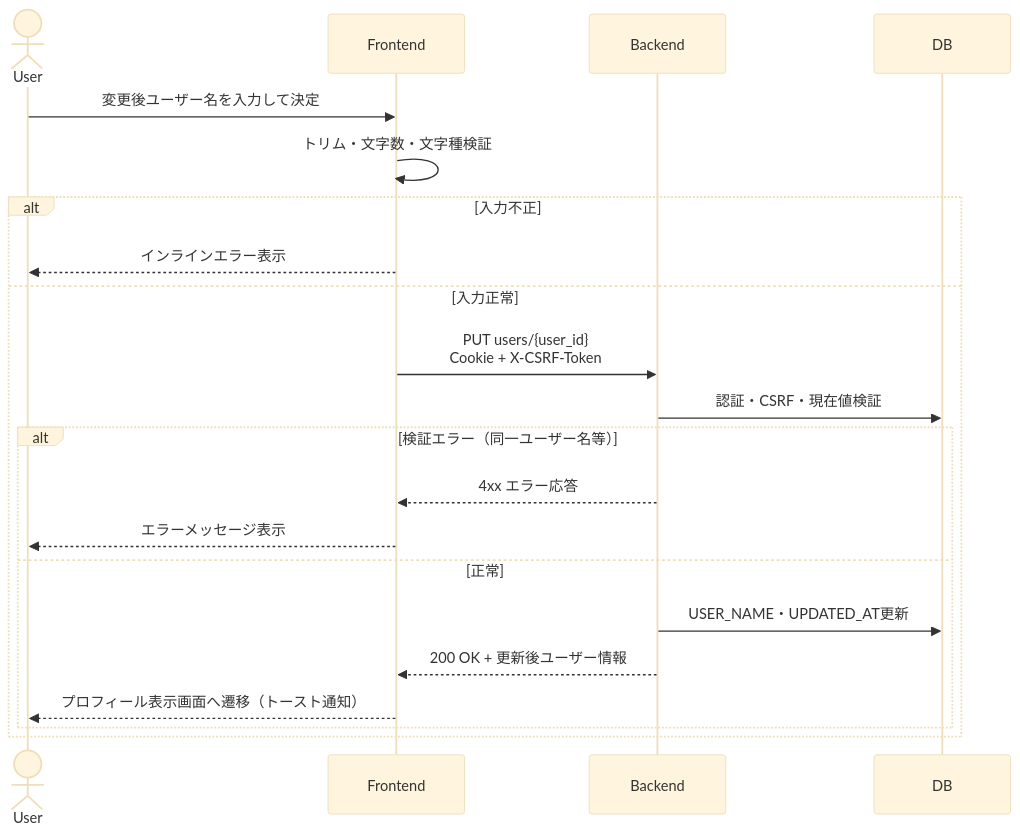
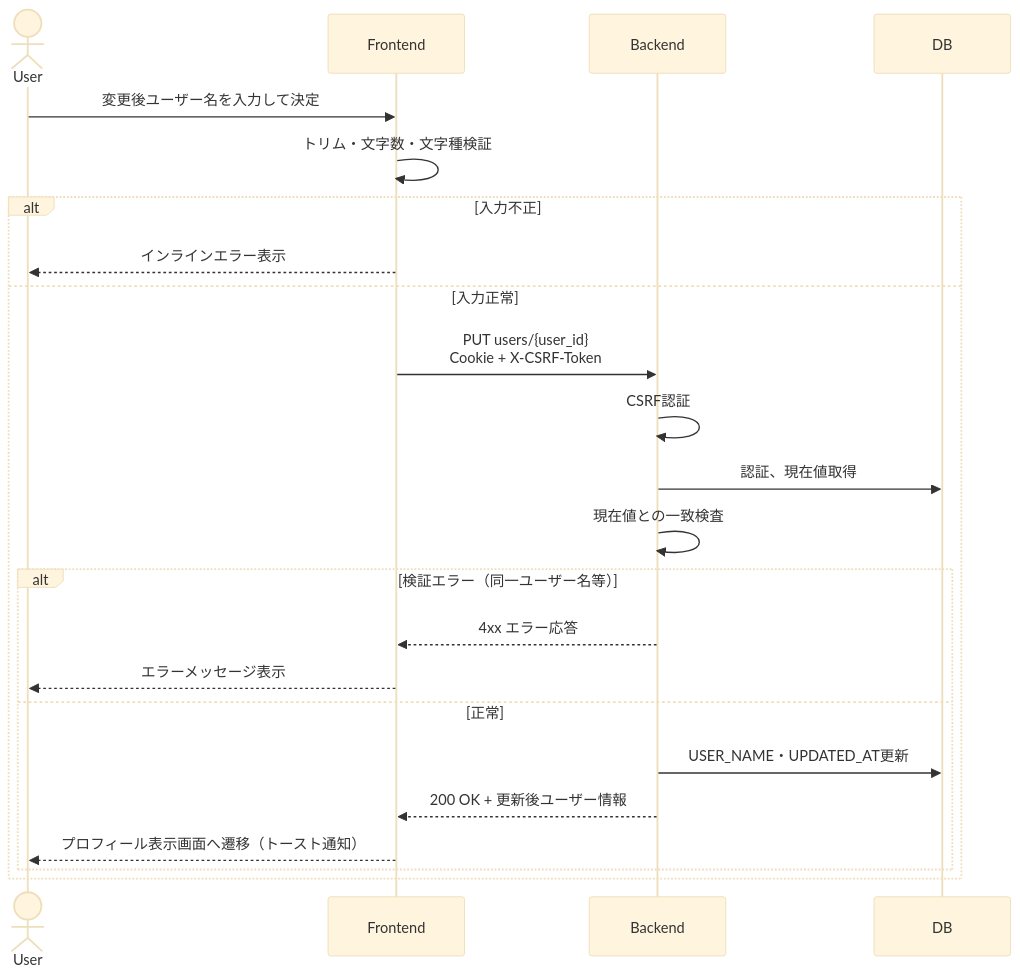
One commit to TUS-TI-dev-team/SyncTask changed the first of 3 diagrams in docs/design/process_design/02_account_edit.md. Above: the diagram before and after it, drawn with Mermaid (base theme). The commit also changed other lines of this file and 7 other files, not shown here.

````diff
--- a/docs/design/process_design/02_account_edit.md
+++ b/docs/design/process_design/02_account_edit.md
@@ -29,23 +29,25 @@
 ```mermaid
 sequenceDiagram
     actor User
     participant Frontend
     participant Backend
     participant DB
     User->>Frontend: 変更後ユーザー名を入力して決定
     Frontend->>Frontend: トリム・文字数・文字種検証
     alt 入力不正
         Frontend-->>User: インラインエラー表示
     else 入力正常
         Frontend->>Backend: PUT users/{user_id}<br/>Cookie + X-CSRF-Token
-        Backend->>DB: 認証・CSRF・現在値検証
+        Backend->>Backend: CSRF認証
+        Backend->>DB: 認証、現在値取得
+        Backend->>Backend: 現在値との一致検査
         alt 検証エラー（同一ユーザー名等）
             Backend-->>Frontend: 4xx エラー応答
             Frontend-->>User: エラーメッセージ表示
         else 正常
             Backend->>DB: USER_NAME・UPDATED_AT更新
             Backend-->>Frontend: 200 OK + 更新後ユーザー情報
             Frontend-->>User: プロフィール表示画面へ遷移（トースト通知）
         end
     end
 ```
````
